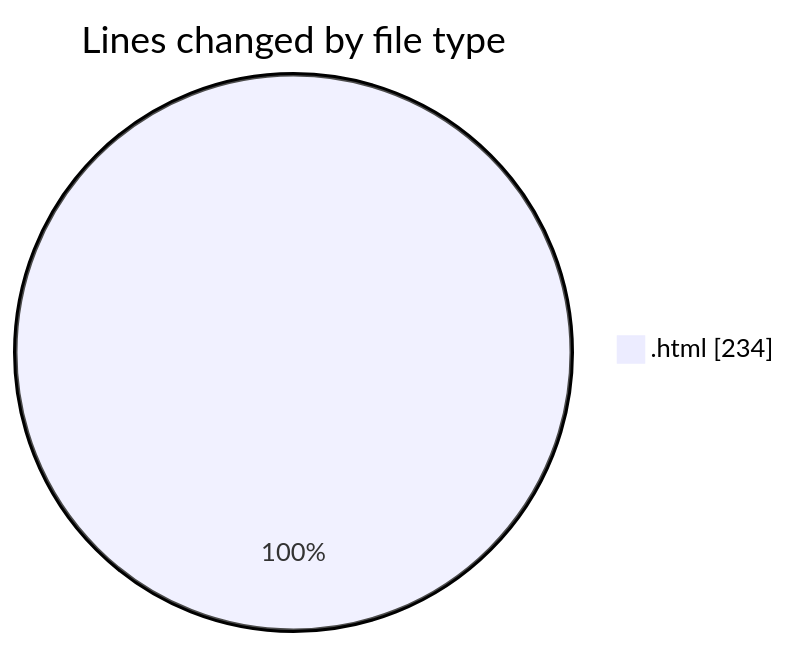
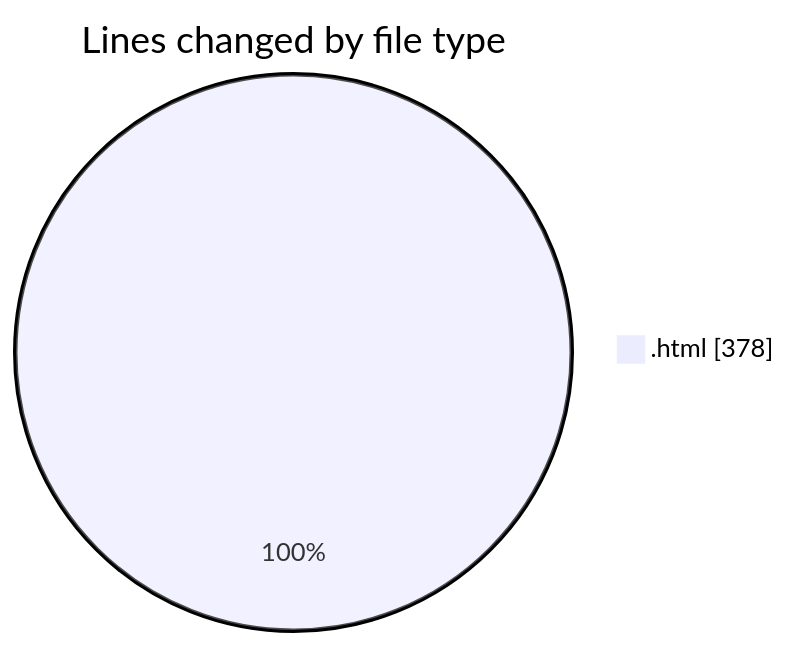
Before and after one commit to LanceThiago/code-tracking: the first of 2 diagrams in 2025-01-07/nueva_carpeta/README.md, drawn with Mermaid. The commit also changed other lines of this file and 1 other file, not shown here.

````diff
--- a/2025-01-07/nueva_carpeta/README.md
+++ b/2025-01-07/nueva_carpeta/README.md
@@ -20,5 +20,5 @@
 ```mermaid
 pie showData
 title Lines changed by file type
-".html" : 234
+".html" : 378
 ```
````
